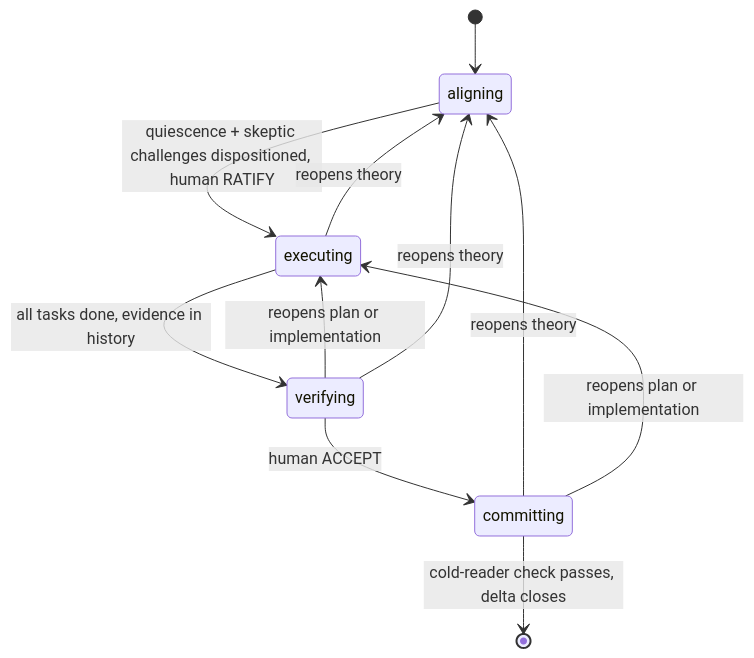
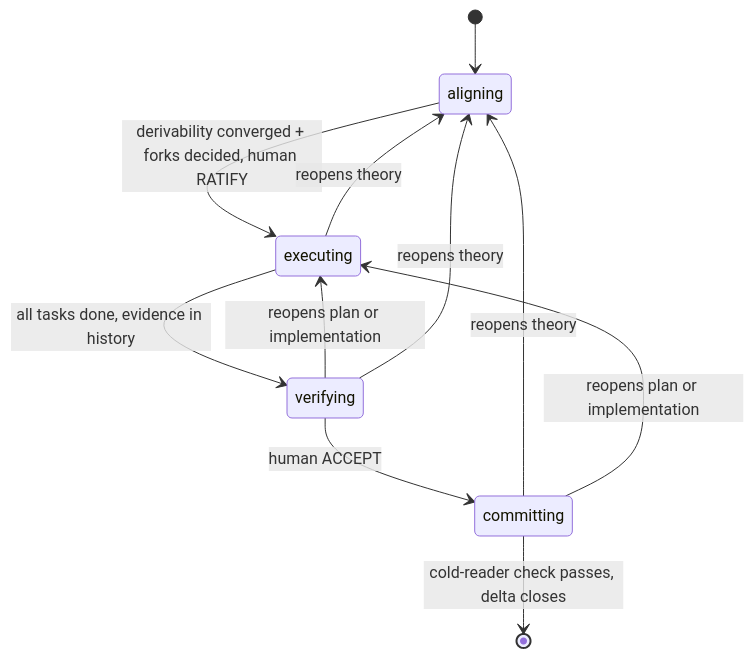
Before and after one commit to andrezzoid/config: the first of 2 diagrams in .deltas/dddv2.md, drawn with Mermaid. The commit also changed other lines of this file, not shown here.

First line of the commit message:
dddv2: André's two-machine simplification — derivability at aligning exit, acceptance+red-flags at verifying

````diff
--- a/.deltas/dddv2.md
+++ b/.deltas/dddv2.md
@@ -103,13 +103,13 @@
 ```mermaid
 stateDiagram-v2
     [*] --> aligning
-    aligning --> executing : quiescence + skeptic challenges dispositioned, human RATIFY
+    aligning --> executing : derivability converged + forks decided, human RATIFY
     executing --> verifying : all tasks done, evidence in history
     verifying --> executing : reopens plan or implementation
     verifying --> aligning : reopens theory
     verifying --> committing : human ACCEPT
     committing --> [*] : cold-reader check passes, delta closes
     executing --> aligning : reopens theory
     committing --> aligning : reopens theory
     committing --> executing : reopens plan or implementation
 ```
````
